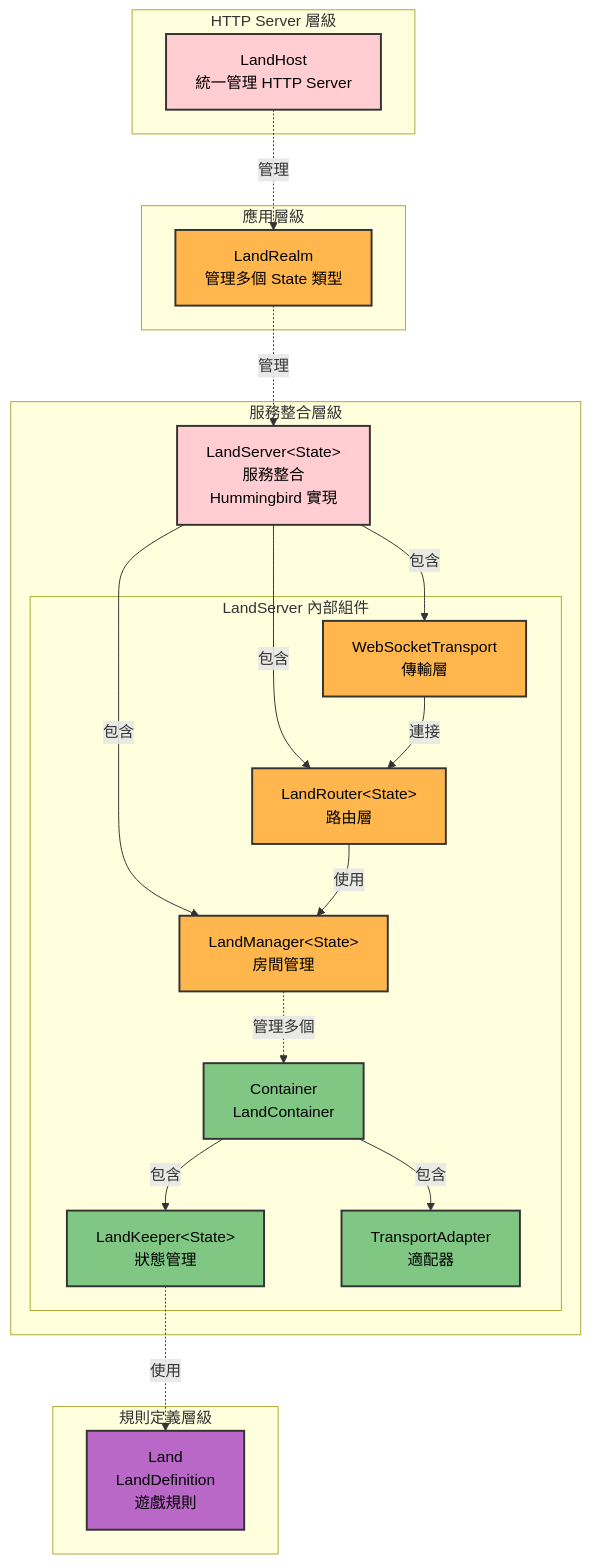
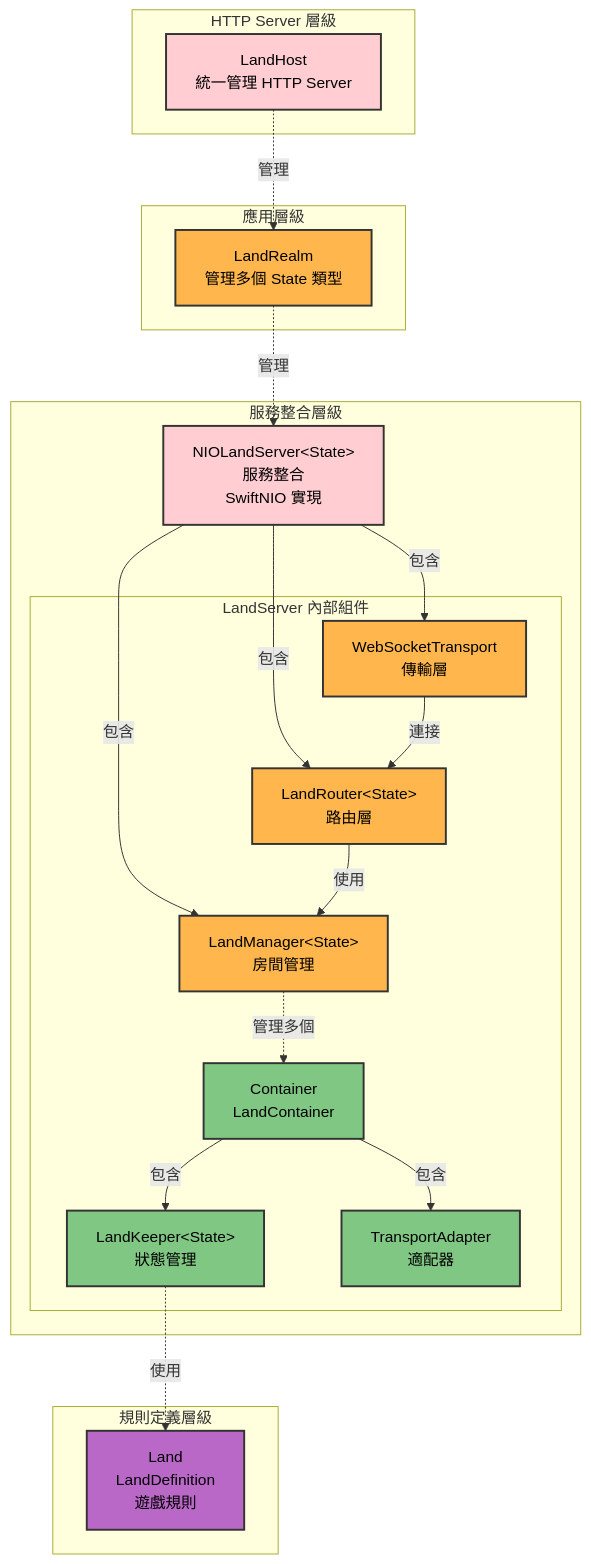
Before and after one commit to gmliao/swift-state-tree: the diagram in docs/architecture.zh-TW.md, drawn with Mermaid. The commit also changed other lines of this file and 3 other files, not shown here.

First line of the commit message:
Replace the removed Hummingbird module with the NIO types in docs

````diff
--- a/docs/architecture.zh-TW.md
+++ b/docs/architecture.zh-TW.md
@@ -29,49 +29,49 @@
 ```mermaid
 graph TB
     subgraph "HTTP Server 層級"
         LandHost[LandHost<br/>統一管理 HTTP Server]
     end
     
     subgraph "應用層級"
         LandRealm[LandRealm<br/>管理多個 State 類型]
     end
     
     subgraph "服務整合層級"
-        LandServer[LandServer&lt;State&gt;<br/>服務整合<br/>Hummingbird 實現]
+        LandServer[NIOLandServer&lt;State&gt;<br/>服務整合<br/>SwiftNIO 實現]
         
         subgraph "LandServer 內部組件"
             LandManager[LandManager&lt;State&gt;<br/>房間管理]
             LandRouter[LandRouter&lt;State&gt;<br/>路由層]
             Transport[WebSocketTransport<br/>傳輸層]
             
             LandManager -.->|管理多個| Container[Container<br/>LandContainer]
             Container -->|包含| LandKeeper[LandKeeper&lt;State&gt;<br/>狀態管理]
             Container -->|包含| TransportAdapter[TransportAdapter<br/>適配器]
         end
         
         LandServer -->|包含| LandManager
         LandServer -->|包含| LandRouter
         LandServer -->|包含| Transport
         LandRouter -->|使用| LandManager
         Transport -->|連接| LandRouter
     end
     
     subgraph "規則定義層級"
         LandDef[Land<br/>LandDefinition<br/>遊戲規則]
     end
     
     LandHost -.->|管理| LandRealm
     LandRealm -.->|管理| LandServer
     LandKeeper -.->|使用| LandDef
     
     style LandHost fill:#ffcdd2,stroke:#333,stroke-width:2px,color:#000
     style LandServer fill:#ffcdd2,stroke:#333,stroke-width:2px,color:#000
     style LandRealm fill:#ffb74d,stroke:#333,stroke-width:2px,color:#000
     style LandManager fill:#ffb74d,stroke:#333,stroke-width:2px,color:#000
     style LandRouter fill:#ffb74d,stroke:#333,stroke-width:2px,color:#000
     style Transport fill:#ffb74d,stroke:#333,stroke-width:2px,color:#000
     style LandKeeper fill:#81c784,stroke:#333,stroke-width:2px,color:#000
     style Container fill:#81c784,stroke:#333,stroke-width:2px,color:#000
     style TransportAdapter fill:#81c784,stroke:#333,stroke-width:2px,color:#000
     style LandDef fill:#ba68c8,stroke:#333,stroke-width:2px,color:#000
 ```
````
